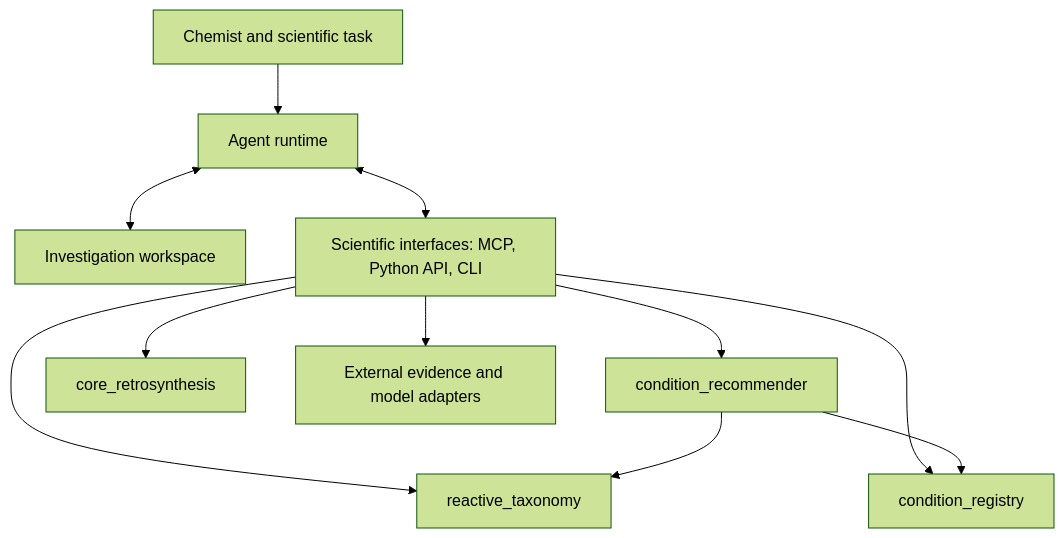
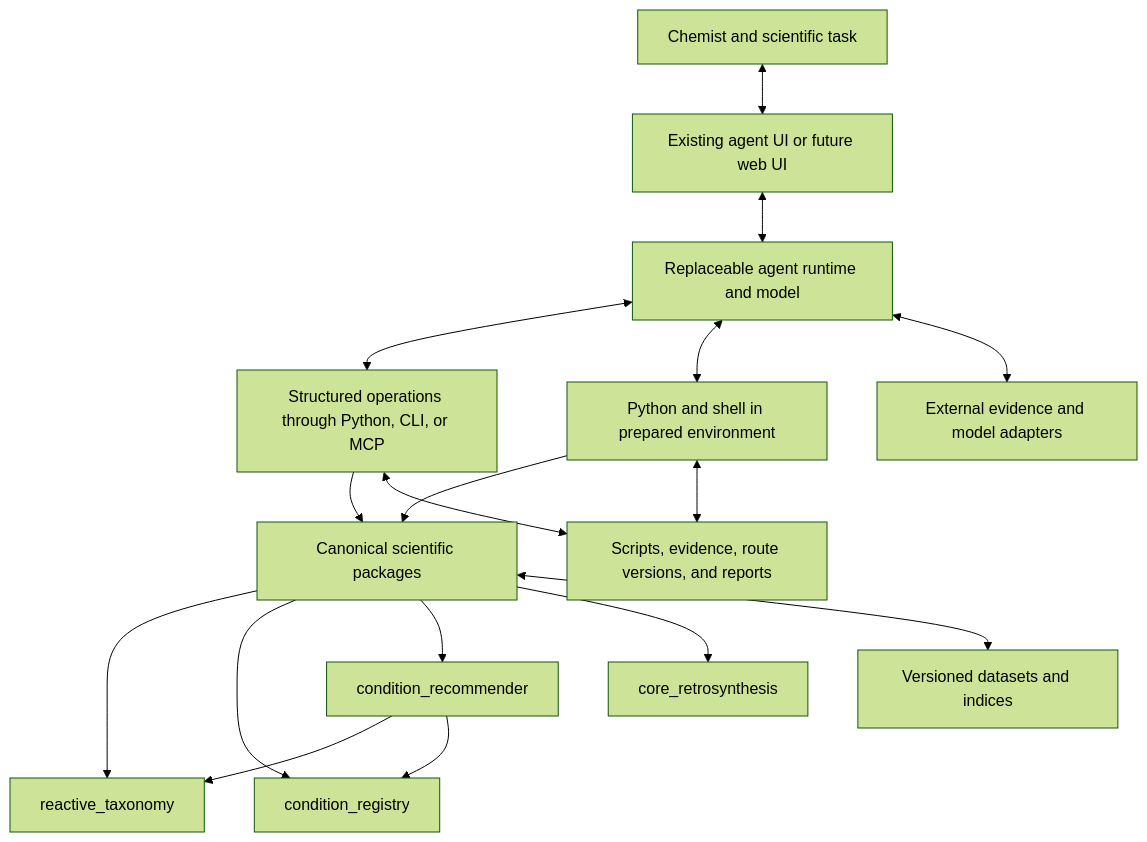
The diagram in docs/AI-native/AI_Native_Scientific_Tools_Design.md (Synthesis-Automation/Condition-agent), drawn with Mermaid (forest theme) before and after one commit. The commit also changed other lines of this file and 1 other file, not shown here.

Commit message:
refactor: update design and implementation plan for AI-native scientific tools

````diff
--- a/docs/AI-native/AI_Native_Scientific_Tools_Design.md
+++ b/docs/AI-native/AI_Native_Scientific_Tools_Design.md
@@ -53,13 +87,19 @@
 ```mermaid
 flowchart TD
-    User[Chemist and scientific task] --> Agent[Agent runtime]
-    Agent <--> Workspace[Investigation workspace]
-    Agent <--> Interface[Scientific interfaces: MCP, Python API, CLI]
-    Interface --> Taxonomy[reactive_taxonomy]
-    Interface --> Registry[condition_registry]
-    Interface --> Recommender[condition_recommender]
-    Interface --> Retro[core_retrosynthesis]
-    Interface --> Sources[External evidence and model adapters]
+    User[Chemist and scientific task] <--> UI[Existing agent UI or future web UI]
+    UI <--> Agent[Replaceable agent runtime and model]
+    Agent <--> Structured[Structured operations through Python, CLI, or MCP]
+    Agent <--> Programmable[Python and shell in prepared environment]
+    Structured --> Domain[Canonical scientific packages]
+    Programmable --> Domain
+    Programmable <--> Workspace[Scripts, evidence, route versions, and reports]
+    Structured <--> Workspace
+    Agent <--> Sources[External evidence and model adapters]
+    Domain --> Taxonomy[reactive_taxonomy]
+    Domain --> Registry[condition_registry]
+    Domain --> Recommender[condition_recommender]
+    Domain --> Retro[core_retrosynthesis]
+    Domain <--> Data[Versioned datasets and indices]
     Recommender --> Taxonomy
     Recommender --> Registry
 ```
````
